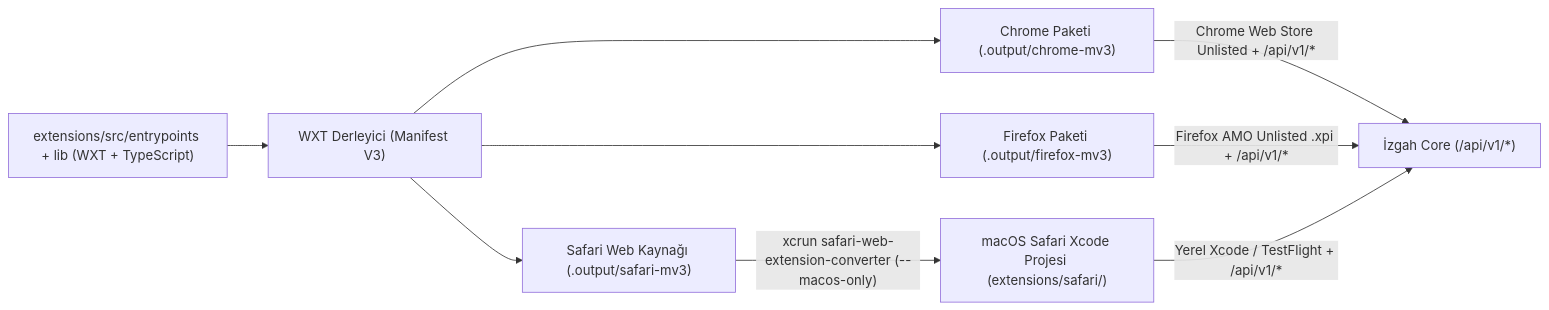
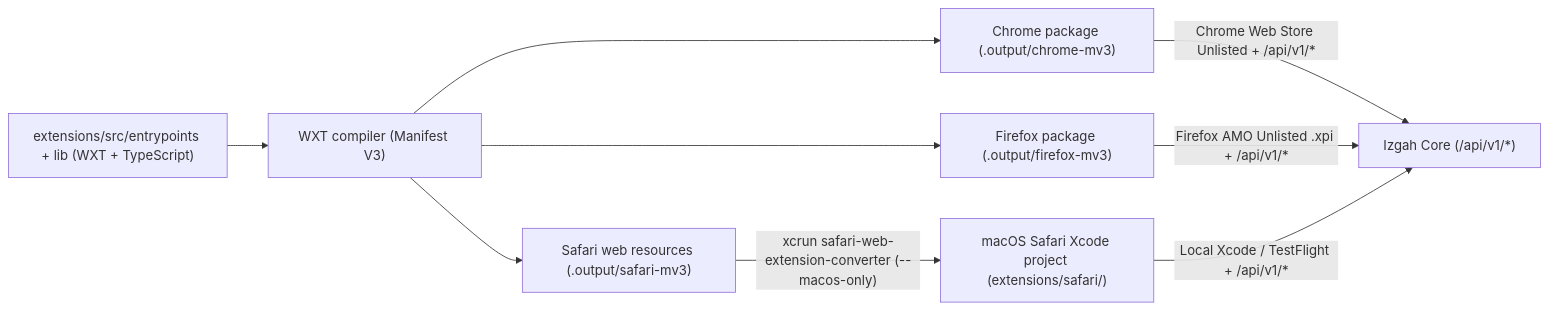
One commit to gorkemio/izgah changed the first of 2 diagrams in docs/designs/izgah-extensions.md. Above: the diagram before and after it, drawn with Mermaid. The commit also changed other lines of this file, not shown here.

Commit message:
Translate the browser extensions design into English

````diff
--- a/docs/designs/izgah-extensions.md
+++ b/docs/designs/izgah-extensions.md
@@ -101,11 +103,11 @@
 ```mermaid
 flowchart LR
-    Src["extensions/src/entrypoints + lib (WXT + TypeScript)"] --> WXT["WXT Derleyici (Manifest V3)"]
-    WXT --> ChromeOut["Chrome Paketi (.output/chrome-mv3)"]
-    WXT --> FirefoxOut["Firefox Paketi (.output/firefox-mv3)"]
-    WXT --> SafariWeb["Safari Web Kaynağı (.output/safari-mv3)"]
-    SafariWeb -->|"xcrun safari-web-extension-converter (--macos-only)"| XcodeProj["macOS Safari Xcode Projesi (extensions/safari/)"]
-    ChromeOut -->|"Chrome Web Store Unlisted + /api/v1/*"| CoreAPI["İzgah Core (/api/v1/*)"]
+    Src["extensions/src/entrypoints + lib (WXT + TypeScript)"] --> WXT["WXT compiler (Manifest V3)"]
+    WXT --> ChromeOut["Chrome package (.output/chrome-mv3)"]
+    WXT --> FirefoxOut["Firefox package (.output/firefox-mv3)"]
+    WXT --> SafariWeb["Safari web resources (.output/safari-mv3)"]
+    SafariWeb -->|"xcrun safari-web-extension-converter (--macos-only)"| XcodeProj["macOS Safari Xcode project (extensions/safari/)"]
+    ChromeOut -->|"Chrome Web Store Unlisted + /api/v1/*"| CoreAPI["Izgah Core (/api/v1/*)"]
     FirefoxOut -->|"Firefox AMO Unlisted .xpi + /api/v1/*"| CoreAPI
-    XcodeProj -->|"Yerel Xcode / TestFlight + /api/v1/*"| CoreAPI
+    XcodeProj -->|"Local Xcode / TestFlight + /api/v1/*"| CoreAPI
 ```
````
